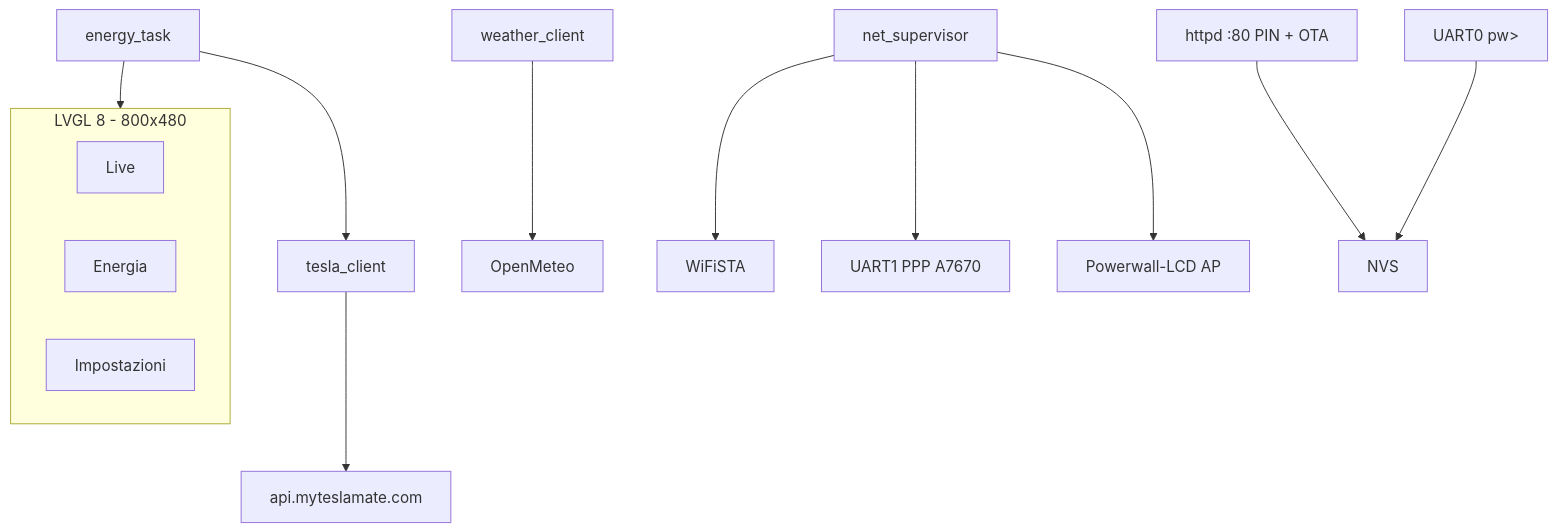
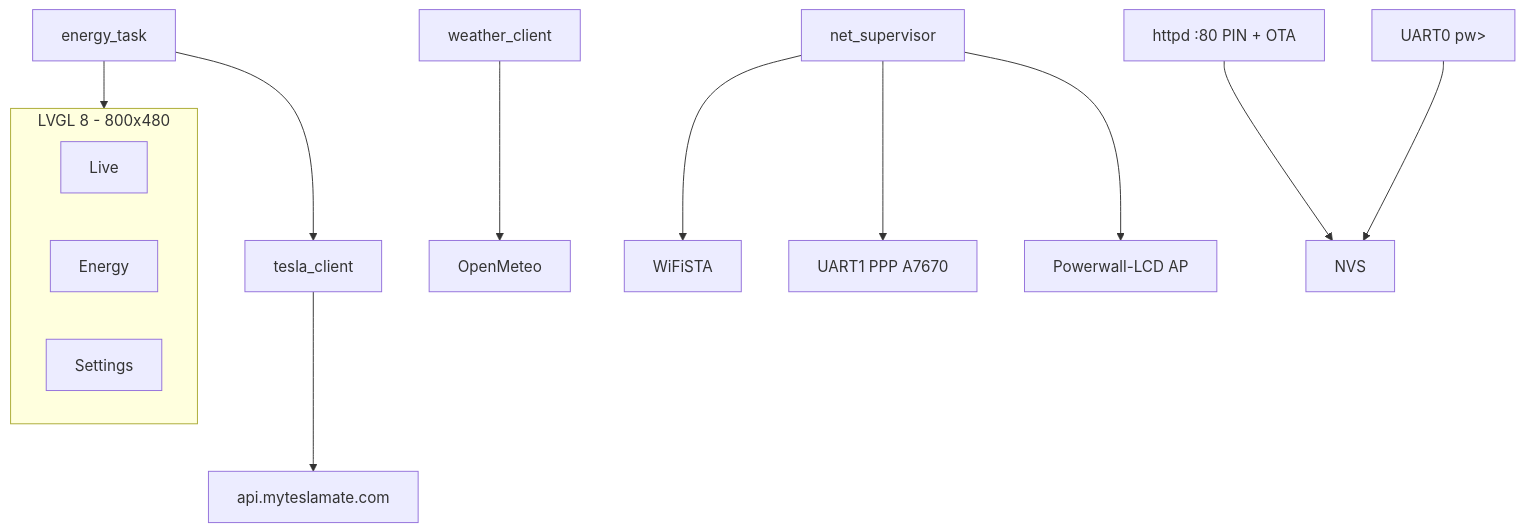
The diagram in README.md (ecosense-dev/powerwall-lcd), drawn with Mermaid before and after one commit. The commit also changed other lines of this file and 11 other files, not shown here.

````diff
--- a/README.md
+++ b/README.md
@@ -37,17 +37,17 @@
 ```mermaid
 flowchart TB
   subgraph ui [LVGL 8 - 800x480]
     Live
-    Energia
-    Impostazioni
+    Energy
+    Settings
   end
   energy_task --> tesla_client
   energy_task --> ui
   tesla_client --> MyTeslaMate["api.myteslamate.com"]
   wx_task[weather_client] --> OpenMeteo
   net_sup[net_supervisor] --> WiFiSTA
   net_sup --> LTE["UART1 PPP A7670"]
   net_sup --> AP["Powerwall-LCD AP"]
   httpd["httpd :80 PIN + OTA"] --> NVS
   console["UART0 pw>"] --> NVS
 ```
````
